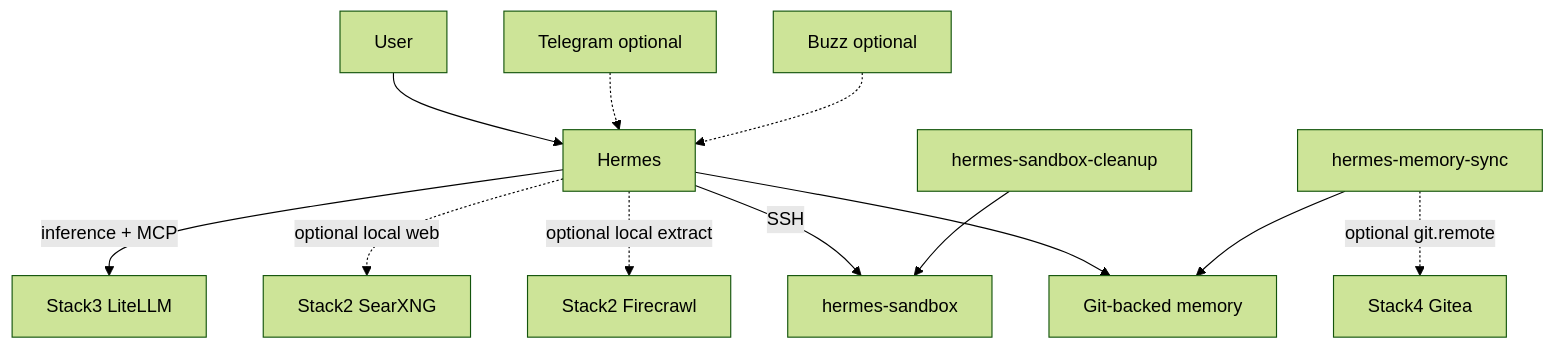
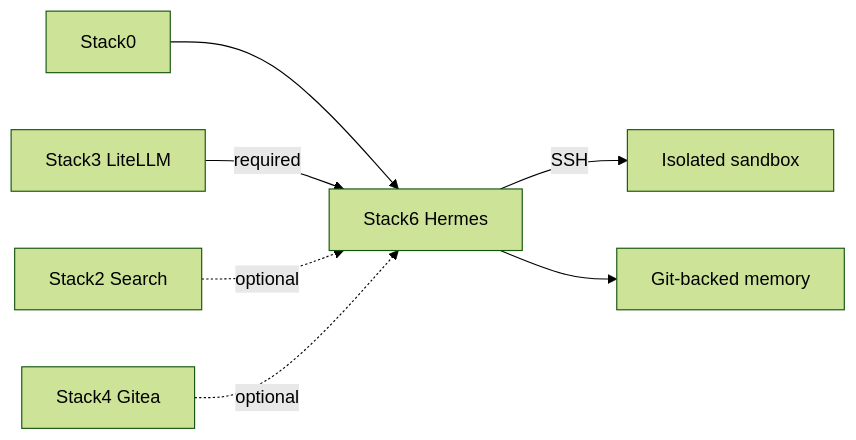
One commit to ea1het/local_hybrid_ai changed the diagram in stack6_-_hermes/README.md. Above: the diagram before and after it, drawn with Mermaid (forest theme). The commit also changed other lines of this file and 46 other files, not shown here.

````diff
--- a/stack6_-_hermes/README.md
+++ b/stack6_-_hermes/README.md
@@ -16,14 +7,9 @@
 ```mermaid
-flowchart TB
-    U[User] --> H[Hermes]
-    TG[Telegram optional] -.-> H
-    BZ[Buzz optional] -.-> H
-    H -->|inference + MCP| LL[Stack3 LiteLLM]
-    H -.->|optional local web| SX[Stack2 SearXNG]
-    H -.->|optional local extract| FC[Stack2 Firecrawl]
-    H -->|SSH| SB[hermes-sandbox]
-    H --> MEM[Git-backed memory]
-    MS[hermes-memory-sync] --> MEM
-    MS -.->|optional git.remote| G[Stack4 Gitea]
-    CLEAN[hermes-sandbox-cleanup] --> SB
+flowchart LR
+  S0[Stack0] --> S6[Stack6 Hermes]
+  S3[Stack3 LiteLLM] -->|required| S6
+  S2[Stack2 Search] -. optional .-> S6
+  S4[Stack4 Gitea] -. optional .-> S6
+  S6 -->|SSH| SB[Isolated sandbox]
+  S6 --> MEM[Git-backed memory]
 ```
````
